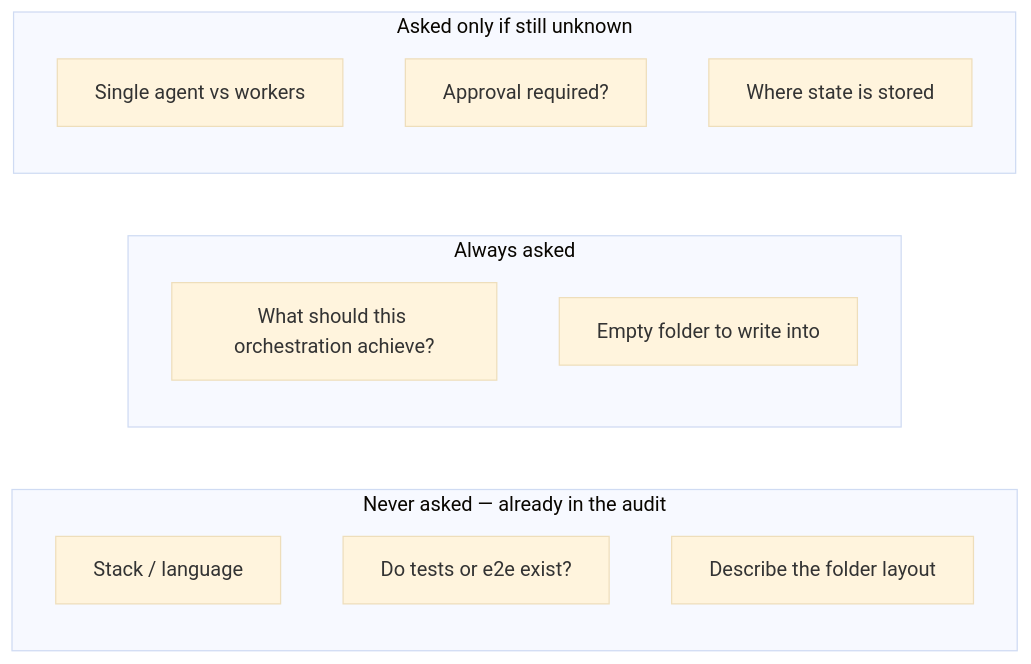
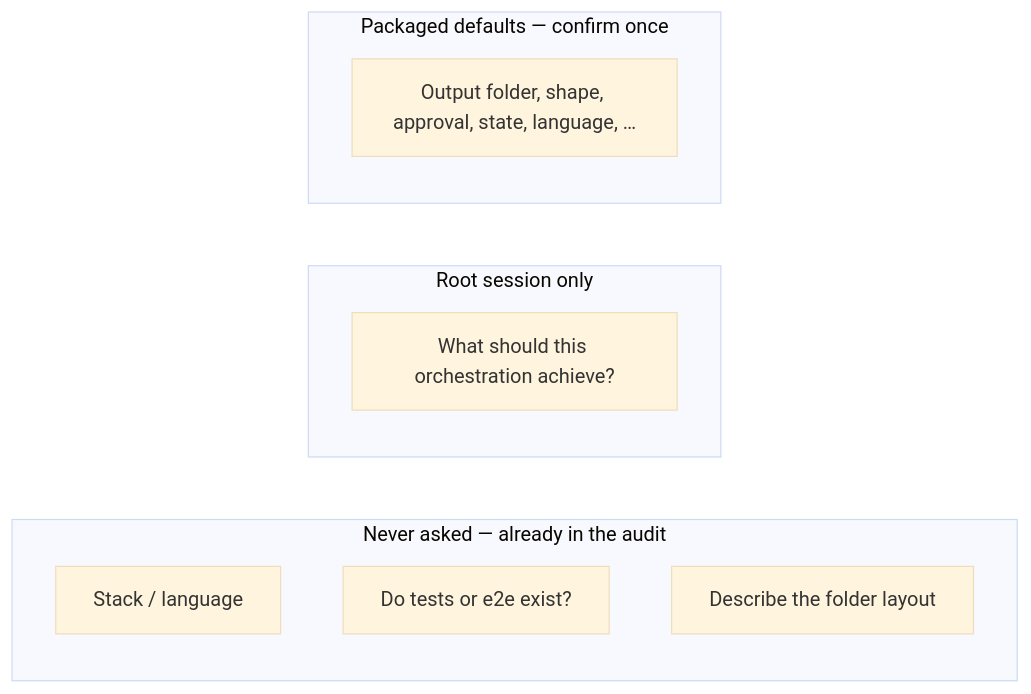
Before and after one commit to theocarranza/orchestration-quality-control-agnostic: the second of 2 diagrams in docs/authoring.md, drawn with Mermaid (base theme). The commit also changed other lines of this file and 23 other files, not shown here.

First line of the commit message:
feat: ship 3.2.0 auto-continue with packaged gate defaults

````diff
--- a/docs/authoring.md
+++ b/docs/authoring.md
@@ -49,17 +43,14 @@
 ```mermaid
 flowchart LR
   subgraph never["Never asked — already in the audit"]
     N1["Stack / language"]
     N2["Do tests or e2e exist?"]
     N3["Describe the folder layout"]
   end
-  subgraph always["Always asked"]
+  subgraph always["Root session only"]
     A1["What should this orchestration achieve?"]
-    A2["Empty folder to write into"]
   end
-  subgraph maybe["Asked only if still unknown"]
-    M1["Single agent vs workers"]
-    M2["Approval required?"]
-    M3["Where state is stored"]
+  subgraph defaults["Packaged defaults — confirm once"]
+    D1["Output folder, shape, approval, state, language, …"]
   end
 ```
````
